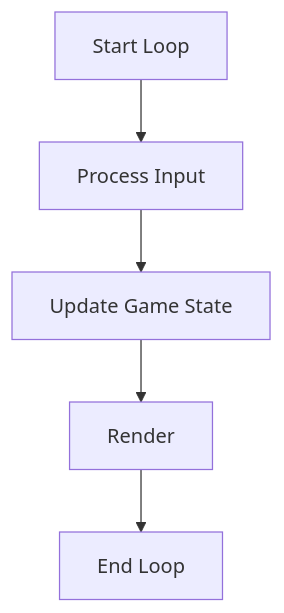
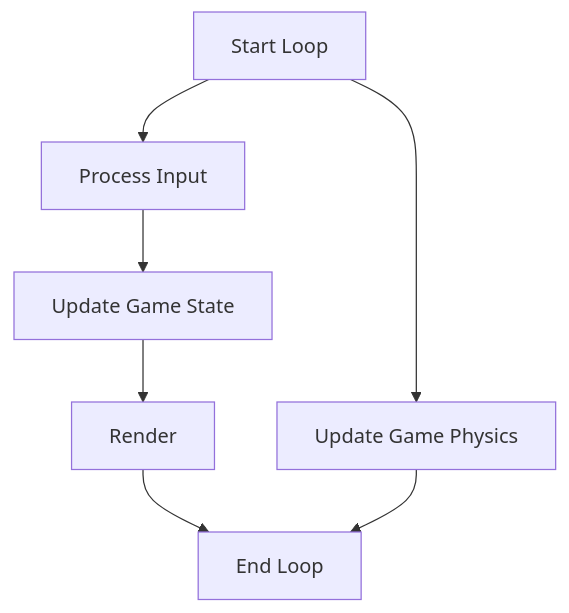
The second of 2 diagrams in README.md (LowLevelDevTeam/GCEP), drawn with Mermaid before and after one commit. The commit also changed other lines of this file, not shown here.

````diff
--- a/README.md
+++ b/README.md
@@ -181,7 +238,9 @@
 ```mermaid
 graph TD;
     A[Start Loop] --> B[Process Input];
     B --> C[Update Game State];
-    C --> D[Render];
-    D --> E[End Loop];
+    A --> D[Update Game Physics];
+    C --> E[Render];
+    E --> F[End Loop];
+    D --> F
 ```
````
